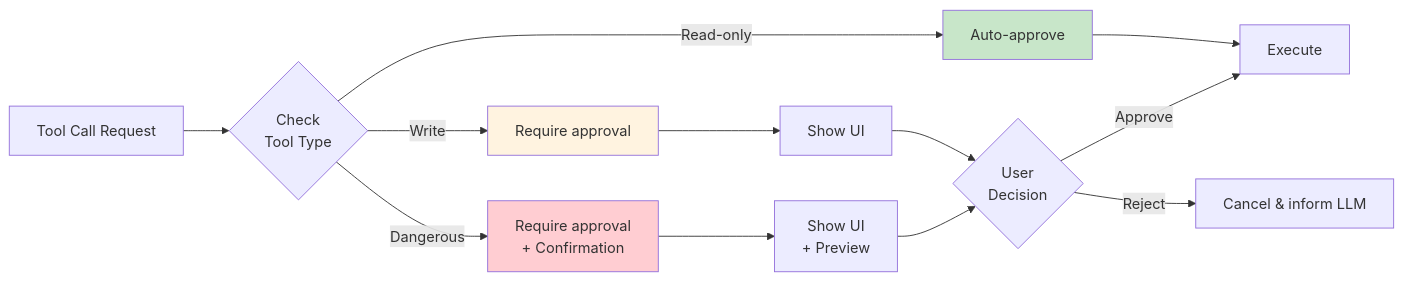
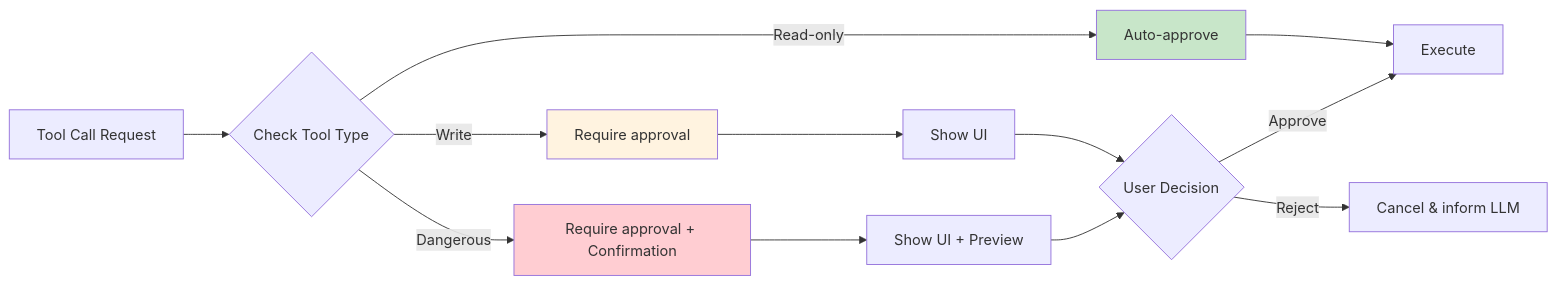
One commit to softwarewrighter/emacs-agent changed the third of 7 diagrams in wiki/Tool-System.md. Above: the diagram before and after it, drawn with Mermaid. The commit also changed other lines of this file and 7 other files, not shown here.

First line of the commit message:
Fix wiki Mermaid diagrams: remove <br/> tags

````diff
--- a/wiki/Tool-System.md
+++ b/wiki/Tool-System.md
@@ -123,22 +123,22 @@
 ```mermaid
 graph LR
-    TOOL[Tool Call Request] --> CHECK{Check<br/>Tool Type}
+    TOOL[Tool Call Request] --> CHECK{Check Tool Type}
 
     CHECK -->|Read-only| AUTO[Auto-approve]
     CHECK -->|Write| USER[Require approval]
-    CHECK -->|Dangerous| STRICT[Require approval<br/>+ Confirmation]
+    CHECK -->|Dangerous| STRICT[Require approval + Confirmation]
 
     AUTO --> EXEC[Execute]
     USER --> PROMPT[Show UI]
-    STRICT --> PROMPT2[Show UI<br/>+ Preview]
+    STRICT --> PROMPT2[Show UI + Preview]
 
-    PROMPT --> DECISION{User<br/>Decision}
+    PROMPT --> DECISION{User Decision}
     PROMPT2 --> DECISION
 
     DECISION -->|Approve| EXEC
     DECISION -->|Reject| CANCEL[Cancel & inform LLM]
 
     style AUTO fill:#c8e6c9
     style USER fill:#fff3e0
     style STRICT fill:#ffcdd2
 ```
````
